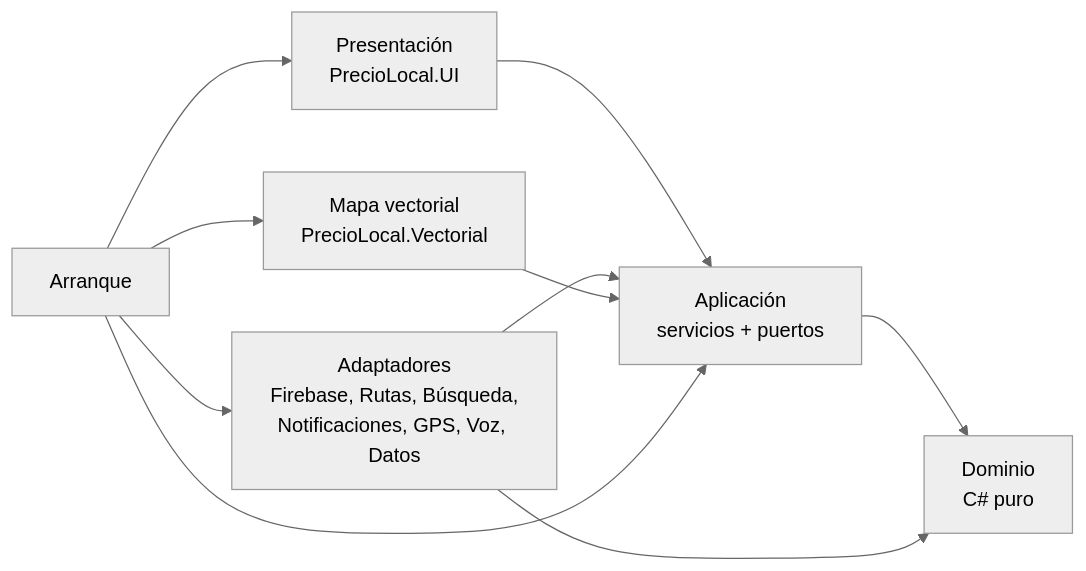
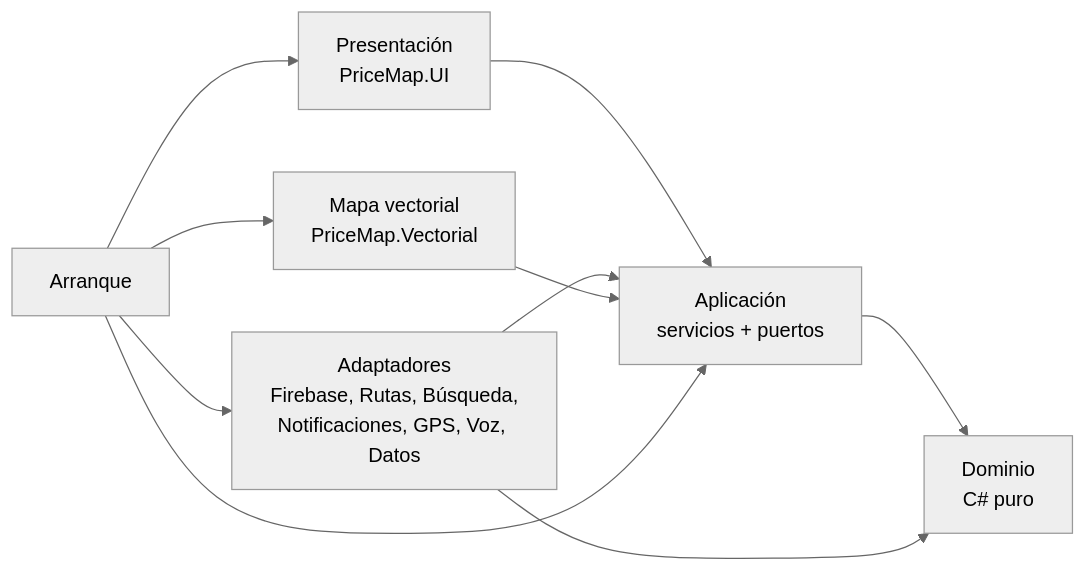
One commit to Josepa-12/TFG-App-Precios changed the first of 3 diagrams in _bmad-output/planning-artifacts/architecture/architecture-TFG-App-Precios-2026-11-16/ARCHITECTURE-SPINE.md. Above: the diagram before and after it, drawn with Mermaid (neutral theme). The commit also changed other lines of this file and 167 other files, not shown here.

First line of the commit message:
Historia 1.1: PriceMap sobre la nueva estructura en capas, sin Cesium

````diff
--- a/_bmad-output/planning-artifacts/architecture/architecture-TFG-App-Precios-2026-11-16/ARCHITECTURE-SPINE.md
+++ b/_bmad-output/planning-artifacts/architecture/architecture-TFG-App-Precios-2026-11-16/ARCHITECTURE-SPINE.md
@@ -35,12 +35,12 @@
 ```mermaid
 flowchart LR
-  UI[Presentación<br/>PrecioLocal.UI] --> APP[Aplicación<br/>servicios + puertos]
+  UI[Presentación<br/>PriceMap.UI] --> APP[Aplicación<br/>servicios + puertos]
   APP --> DOM[Dominio<br/>C# puro]
   ADP[Adaptadores<br/>Firebase, Rutas, Búsqueda,<br/>Notificaciones, GPS, Voz, Datos] --> APP
   ADP --> DOM
-  MAP[Mapa vectorial<br/>PrecioLocal.Vectorial] --> APP
+  MAP[Mapa vectorial<br/>PriceMap.Vectorial] --> APP
   BOOT[Arranque] --> UI
   BOOT --> ADP
   BOOT --> MAP
   BOOT --> APP
 ```
````
